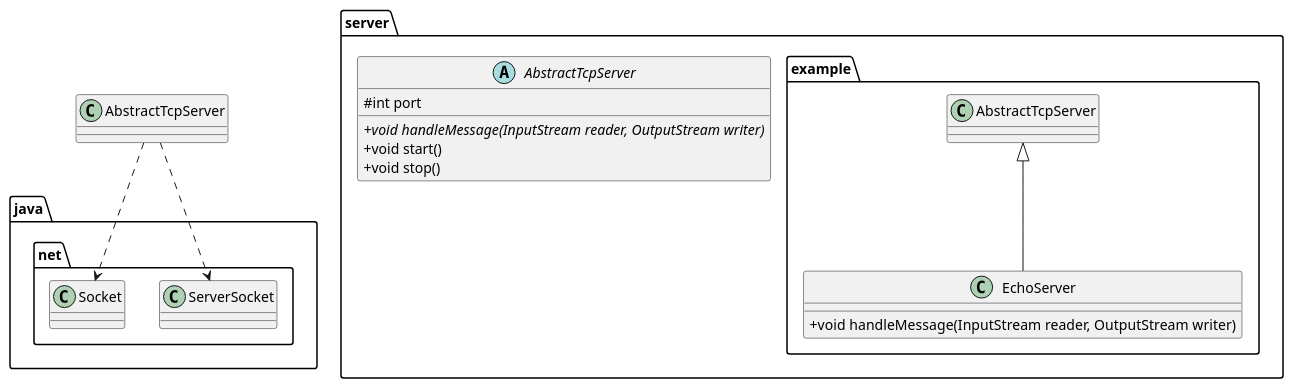
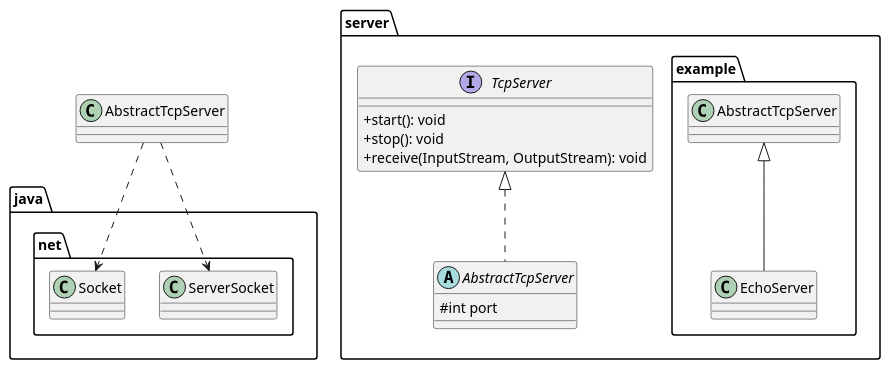
The diagram in docs/tcp-server.puml (meshkorea/vroong-tcplibrary), drawn with PlantUML before and after one commit. The commit also changed 13 other files, not shown here.

```diff
--- a/docs/tcp-server.puml
+++ b/docs/tcp-server.puml
@@ -1,28 +1,29 @@
 @startuml
 
 skinparam ClassAttributeIconSize 0
 
 package server {
-  abstract class AbstractTcpServer {
+  interface TcpServer {
+    + start(): void
+    + stop(): void
+    + receive(InputStream, OutputStream): void
+  }
+
+  abstract class AbstractTcpServer implements TcpServer {
     # int port
-    + {abstract} void handleMessage(InputStream reader, OutputStream writer)
-    + void start()
-    + void stop()
   }
 
   package example {
-    class EchoServer extends AbstractTcpServer {
-        + void handleMessage(InputStream reader, OutputStream writer)
-     }
+    class EchoServer extends AbstractTcpServer {}
   }
 }
 
 package java.net {
   class ServerSocket
   class Socket
 }
 
 AbstractTcpServer ..> ServerSocket
 AbstractTcpServer ..> Socket
 
 @enduml
```
